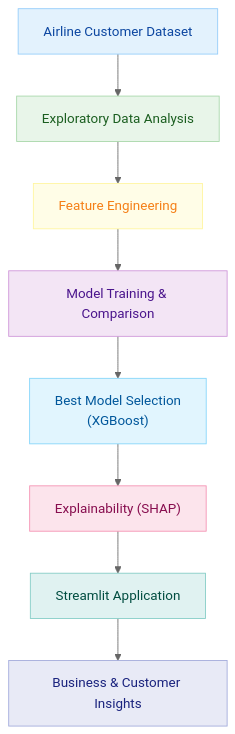
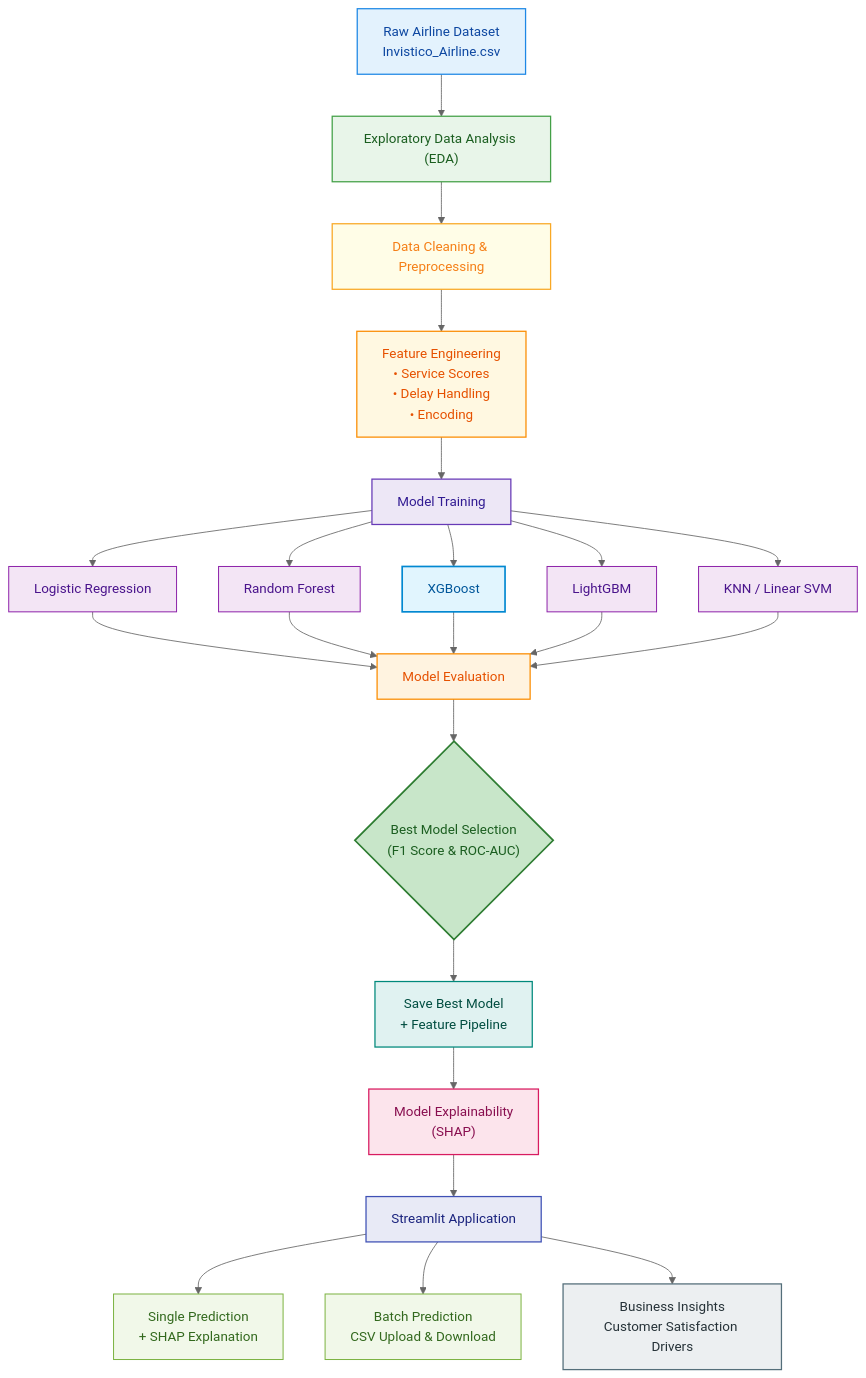
Before and after one commit to VenkateshHJoshi/Airline-Customer-Satisfaction: the diagram in README.md, drawn with Mermaid.

Commit message:
the flowchart is added in reame file

````diff
--- a/README.md
+++ b/README.md
@@ -3,36 +3,52 @@
 ```mermaid
 %%{init: {'theme': 'neutral'}}%%
 flowchart TD
 
-    A["Airline Customer Dataset"]:::data
+    A["Raw Airline Dataset\nInvistico_Airline.csv"]:::data --> B["Exploratory Data Analysis (EDA)"]:::eda
 
-    B["Exploratory Data Analysis"]:::process
-    C["Feature Engineering"]:::feature
+    B --> C["Data Cleaning & Preprocessing"]:::process
+    C --> D["Feature Engineering\n• Service Scores\n• Delay Handling\n• Encoding"]:::feature
 
-    D["Model Training & Comparison"]:::model
-    E["Best Model Selection<br/>(XGBoost)"]:::best
+    D --> E["Model Training"]:::model
+    E --> E1["Logistic Regression"]:::modelAlt
+    E --> E2["Random Forest"]:::modelAlt
+    E --> E3["XGBoost"]:::modelBest
+    E --> E4["LightGBM"]:::modelAlt
+    E --> E5["KNN / Linear SVM"]:::modelAlt
 
-    F["Explainability (SHAP)"]:::explain
+    E1 --> F["Model Evaluation"]:::eval
+    E2 --> F
+    E3 --> F
+    E4 --> F
+    E5 --> F
 
-    G["Streamlit Application"]:::deploy
-    H["Business & Customer Insights"]:::business
+    F --> G{"Best Model Selection\n(F1 Score & ROC-AUC)"}:::best
 
-    %% FLOW
-    A --> B
-    B --> C
-    C --> D
-    D --> E
-    E --> F
-    F --> G
-    G --> H
+    G --> H["Save Best Model\n+ Feature Pipeline"]:::save
 
-    %% STYLES (Soft, readable, premium)
-    classDef data fill:#E3F2FD,stroke:#90CAF9,color:#0D47A1
-    classDef process fill:#E8F5E9,stroke:#A5D6A7,color:#1B5E20
-    classDef feature fill:#FFFDE7,stroke:#FFF59D,color:#F57F17
-    classDef model fill:#F3E5F5,stroke:#CE93D8,color:#4A148C
-    classDef best fill:#E1F5FE,stroke:#81D4FA,color:#01579B
-    classDef explain fill:#FCE4EC,stroke:#F48FB1,color:#880E4F
-    classDef deploy fill:#E0F2F1,stroke:#80CBC4,color:#004D40
-    classDef business fill:#E8EAF6,stroke:#9FA8DA,color:#1A237E
+    H --> I["Model Explainability\n(SHAP)"]:::explain
+
+    I --> J["Streamlit Application"]:::deploy
+
+    J --> J1["Single Prediction\n+ SHAP Explanation"]:::app
+    J --> J2["Batch Prediction\nCSV Upload & Download"]:::app
+
+    J --> K["Business Insights\nCustomer Satisfaction Drivers"]:::business
+
+
+    %% COLOR STYLES (SOFT + PREMIUM)
+    classDef data fill:#E3F2FD,stroke:#1E88E5,stroke-width:1.5px,color:#0D47A1
+    classDef eda fill:#E8F5E9,stroke:#43A047,stroke-width:1.5px,color:#1B5E20
+    classDef process fill:#FFFDE7,stroke:#F9A825,stroke-width:1.5px,color:#F57F17
+    classDef feature fill:#FFF8E1,stroke:#FB8C00,stroke-width:1.5px,color:#E65100
+    classDef model fill:#EDE7F6,stroke:#673AB7,stroke-width:1.5px,color:#311B92
+    classDef modelAlt fill:#F3E5F5,stroke:#8E24AA,stroke-width:1.2px,color:#4A148C
+    classDef modelBest fill:#E1F5FE,stroke:#0288D1,stroke-width:2px,color:#01579B
+    classDef eval fill:#FFF3E0,stroke:#FB8C00,stroke-width:1.5px,color:#E65100
+    classDef best fill:#C8E6C9,stroke:#2E7D32,stroke-width:2px,color:#1B5E20
+    classDef save fill:#E0F2F1,stroke:#00897B,stroke-width:1.5px,color:#004D40
+    classDef explain fill:#FCE4EC,stroke:#D81B60,stroke-width:1.5px,color:#880E4F
+    classDef deploy fill:#E8EAF6,stroke:#3F51B5,stroke-width:1.5px,color:#1A237E
+    classDef app fill:#F1F8E9,stroke:#7CB342,stroke-width:1.2px,color:#33691E
+    classDef business fill:#ECEFF1,stroke:#546E7A,stroke-width:1.5px,color:#263238
 ```
````
